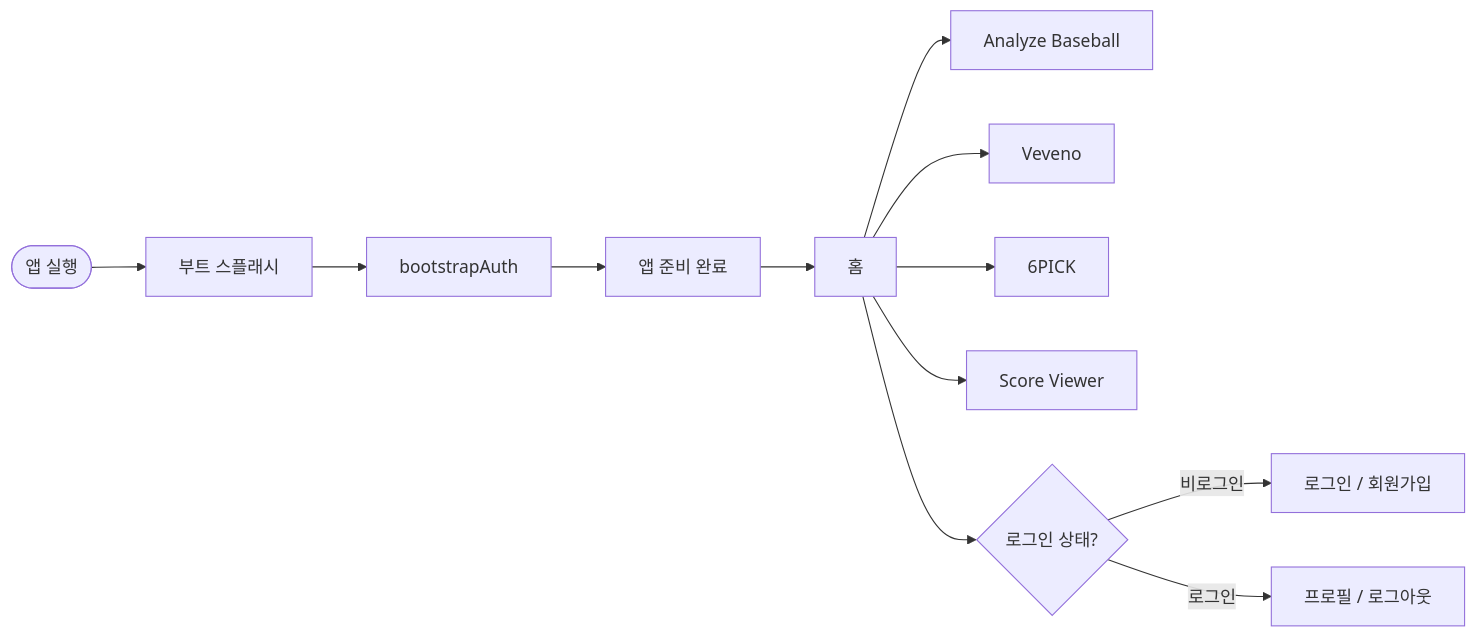
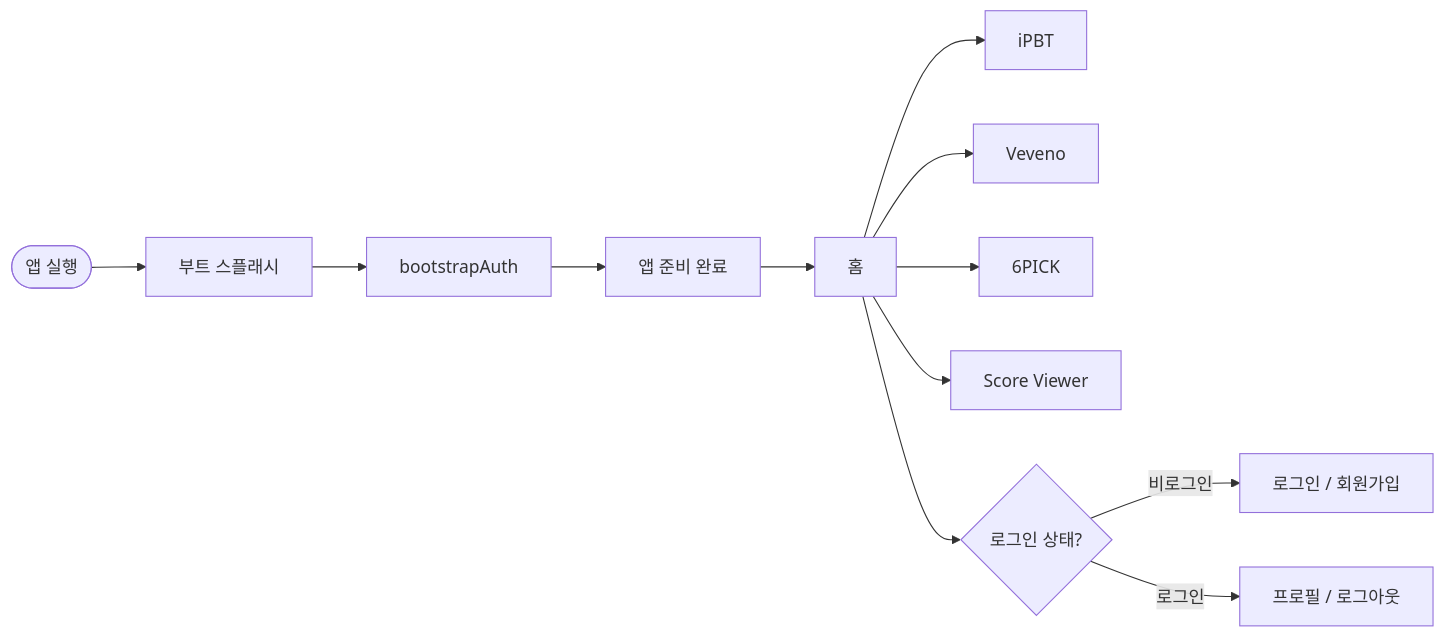
Before and after one commit to ohdeg/PBB: the first of 18 diagrams in docs/PBB-유저-흐름도.md, drawn with Mermaid. The commit also changed other lines of this file and 13 other files, not shown here.

````diff
--- a/docs/PBB-유저-흐름도.md
+++ b/docs/PBB-유저-흐름도.md
@@ -16,15 +16,15 @@
 ```mermaid
 flowchart LR
     start([앱 실행]) --> splash[부트 스플래시]
     splash --> boot[bootstrapAuth]
     boot --> ready[앱 준비 완료]
     ready --> home[홈]
 
-    home --> baseball[Analyze Baseball]
+    home --> baseball[iPBT]
     home --> brew[Veveno]
     home --> lotto[6PICK]
     home --> score[Score Viewer]
     home --> authCheck{로그인 상태?}
     authCheck -->|"비로그인"| loginEntry[로그인 / 회원가입]
     authCheck -->|"로그인"| profileEntry[프로필 / 로그아웃]
 ```
````
